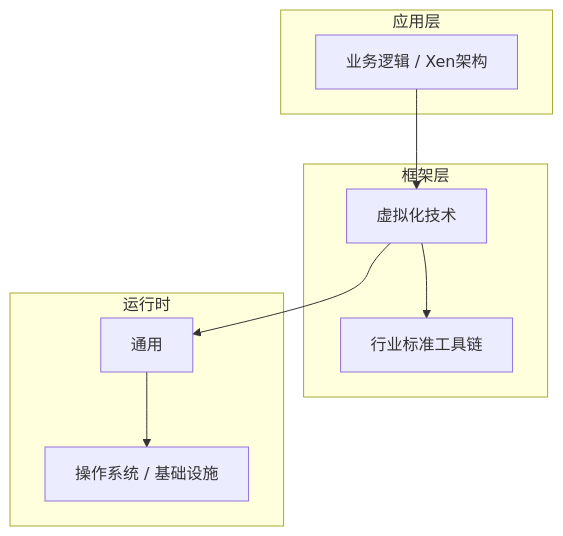
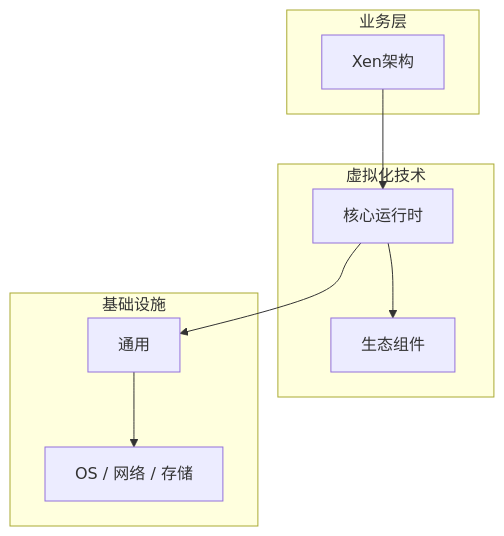
Before and after one commit to yanggan2015/knowledge-json-v2: the diagram in articles/虚拟化技术/chapters/057-Xen架构核心概念与原理.md, drawn with Mermaid. The commit also changed other lines of this file and 10127 other files, not shown here.

````diff
--- a/articles/虚拟化技术/chapters/057-Xen架构核心概念与原理.md
+++ b/articles/虚拟化技术/chapters/057-Xen架构核心概念与原理.md
@@ -45,18 +34,18 @@
 ```mermaid
 graph TB
-    subgraph 应用层
-        A[业务逻辑 / Xen架构]
+    subgraph 业务层
+        A[Xen架构]
     end
-    subgraph 框架层
-        B[虚拟化技术]
-        C[行业标准工具链]
+    subgraph 虚拟化技术
+        B[核心运行时]
+        C[生态组件]
     end
-    subgraph 运行时
+    subgraph 基础设施
         D[通用]
-        E[操作系统 / 基础设施]
+        E[OS / 网络 / 存储]
     end
     A --> B
     B --> C
     B --> D
     D --> E
 ```
````
